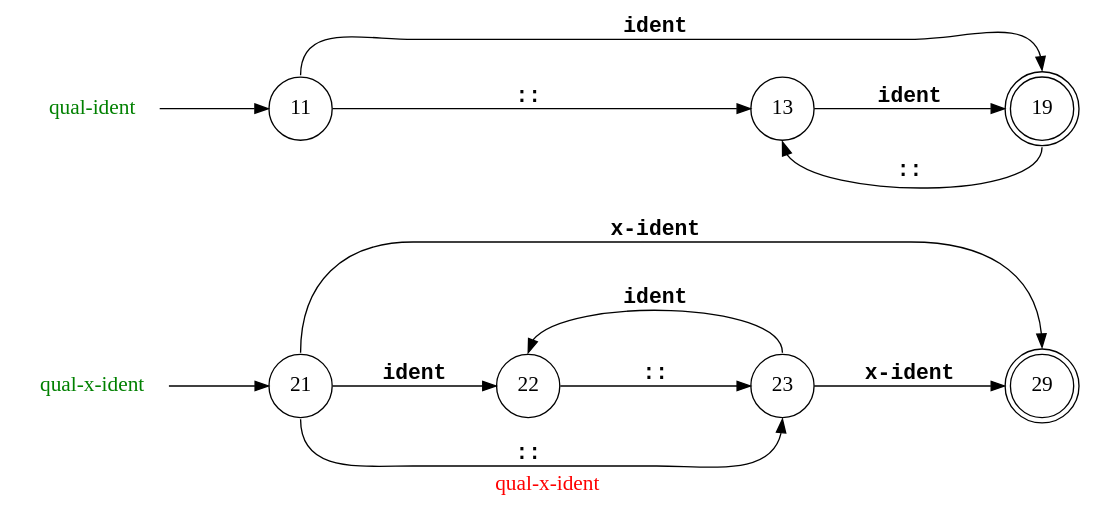
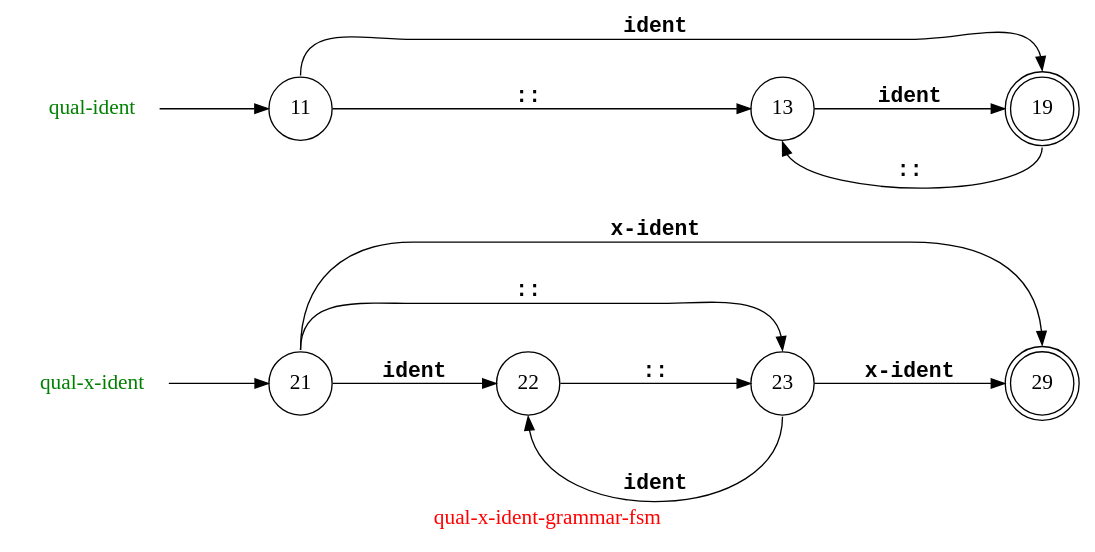
Before and after one commit to Ayyzee/dakota: the diagram in doc/qual-x-ident-grammar-fsm.dot, drawn with Graphviz.

Commit message:
Changed compass coordinates so recursive edges go back.

```diff
--- a/doc/qual-x-ident-grammar-fsm.dot
+++ b/doc/qual-x-ident-grammar-fsm.dot
@@ -1,54 +1,54 @@
 // Copyright (C) 2007 - 2015 Robert Nielsen <robert@dakota.org>
 //
 // Licensed under the Apache License, Version 2.0 (the "License");
 // you may not use this file except in compliance with the License.
 // You may obtain a copy of the License at
 //
 //      http://www.apache.org/licenses/LICENSE-2.0
 //
 // Unless required by applicable law or agreed to in writing, software
 // distributed under the License is distributed on an "AS IS" BASIS,
 // WITHOUT WARRANTIES OR CONDITIONS OF ANY KIND, either express or implied.
 // See the License for the specific language governing permissions and
 // limitations under the License.
 
-digraph "qual-x-ident"
+digraph "qual-x-ident-grammar-fsm"
 {
   graph [ label = "\G", fontcolor = red, fontsize = 16,
           rankdir = LR,
           center = true,
           //size = "7.5,10", page = "8.5,11",
           ];
   node [ shape = circle, width = 0.6, fontsize = 16 ];
   //node [ label = "", width = 0.3 ]; // comment out this line if you want the node names displayed
 
   // on OS X/darwin it wants Courier-Bold and Courier-Oblique
   edge [ fontname = "Courier-Bold", minlen = 2, fontsize = 16 ];
 
   20 -> 21;
   20 [ label = "qual-x-ident", shape = none, fontcolor = green ];
   21 -> 22 [ label = "ident", weight = 4 ];
-  21 -> 23 [ label = "::", tailport = s, headport = s ];
+  21 -> 23 [ label = "::", tailport = n, headport = n ];
   21 -> 29 [ label = "x-ident", tailport = n, headport = n ];
   22 -> 23 [ label = "::", weight = 4 ];
-  23 -> 22 [ label = "ident", tailport = n, headport = n ];
+  23 -> 22 [ label = "ident", tailport = s, headport = s ];
   23 -> 29 [ label = "x-ident", weight = 4 ];
   29 [ shape = doublecircle ];
   
   10 -> 11;
   10 [ label = "qual-ident", shape = none, fontcolor = green ];
   11 -> 13 [ label = "::" , weight = 4 ];
   11 -> 19 [ label = "ident", tailport = n, headport = n ];
   13 -> 19 [ label = "ident", weight = 4 ];
   19 -> 13 [ label = "::", tailport = s, headport = s ];
   19 [ shape = doublecircle ];
 
   subgraph { rank = same; 11; 21 }
   subgraph { rank = same; 19; 29 }
 
   subgraph { rank = source; 10; }
   subgraph { rank = sink;   19; }
 
   subgraph { rank = source; 20; }
   subgraph { rank = sink;   29; }
 }
```
